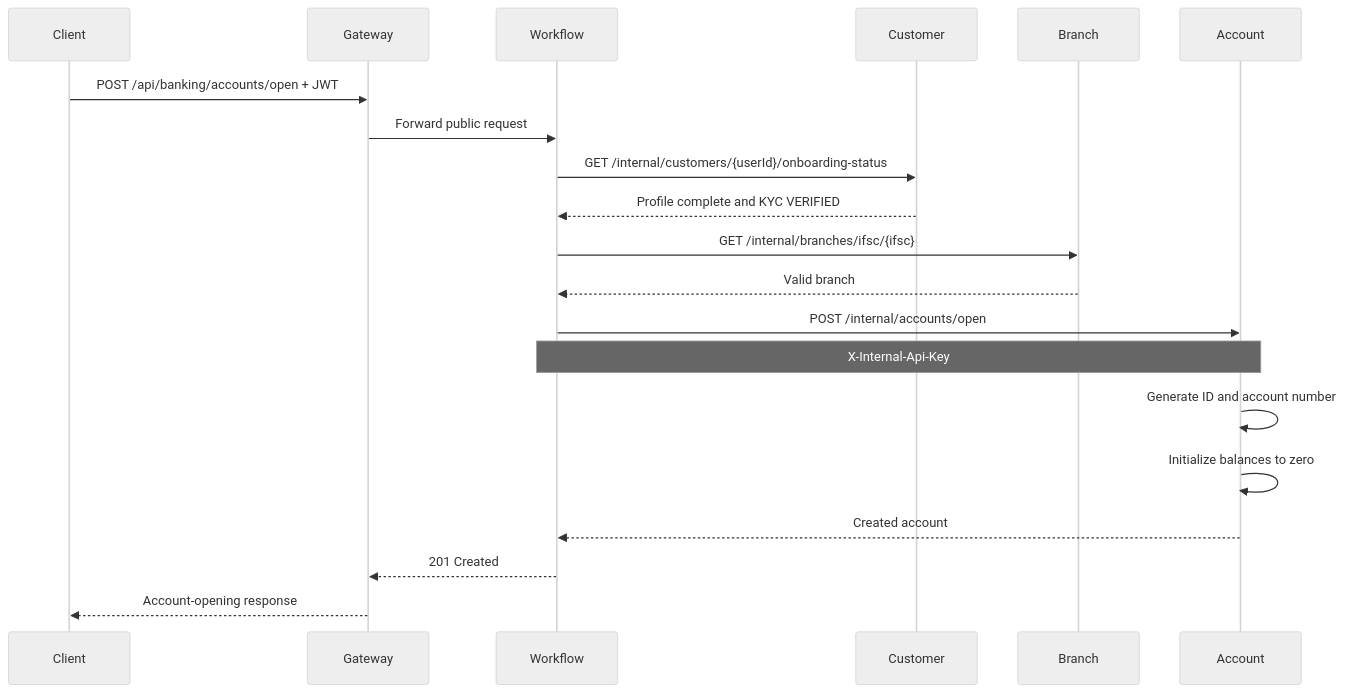
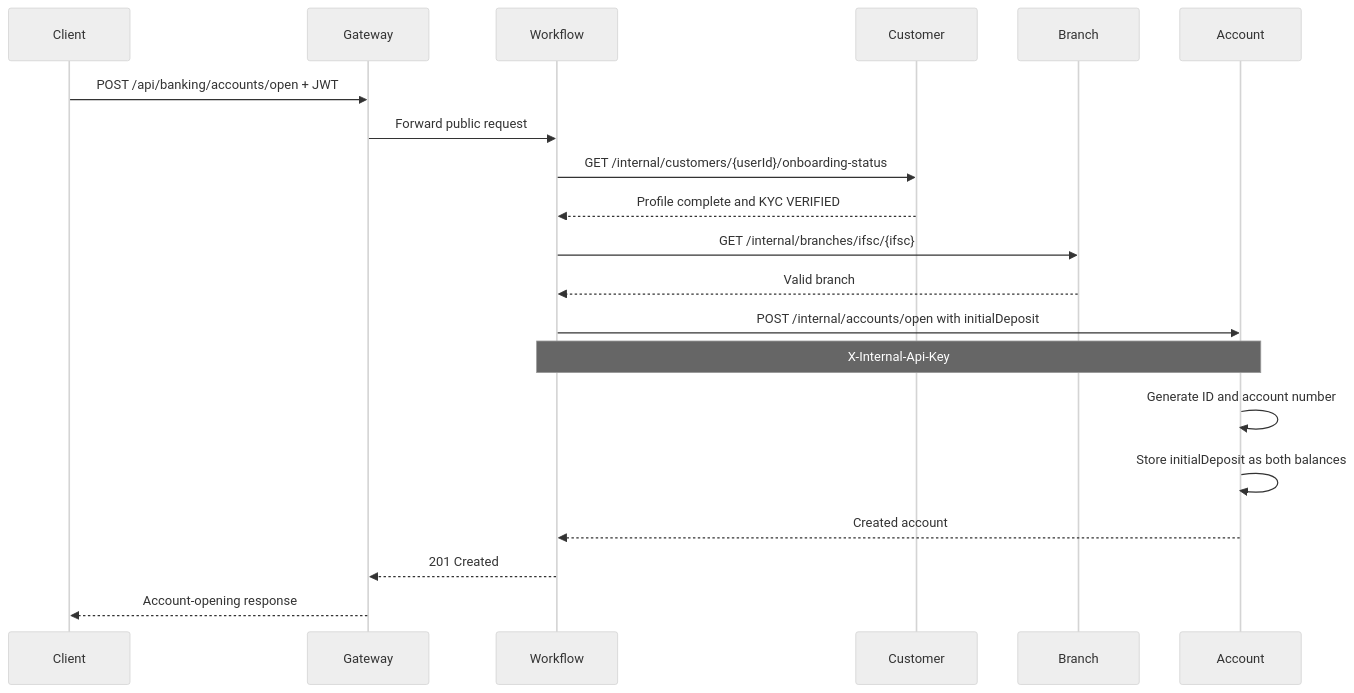
One commit to PrakritiOracle04/NET-BANKING changed the second of 5 diagrams in docs/INTERNAL_API_GUIDE.md. Above: the diagram before and after it, drawn with Mermaid (neutral theme). The commit also changed other lines of this file and 12 other files, not shown here.

Commit message:
initial deposit for account opening

````diff
--- a/docs/INTERNAL_API_GUIDE.md
+++ b/docs/INTERNAL_API_GUIDE.md
@@ -135,23 +136,23 @@
 ```mermaid
 sequenceDiagram
     participant C as Client
     participant G as Gateway
     participant W as Workflow
     participant CU as Customer
     participant B as Branch
     participant A as Account
 
     C->>G: POST /api/banking/accounts/open + JWT
     G->>W: Forward public request
     W->>CU: GET /internal/customers/{userId}/onboarding-status
     CU-->>W: Profile complete and KYC VERIFIED
     W->>B: GET /internal/branches/ifsc/{ifsc}
     B-->>W: Valid branch
-    W->>A: POST /internal/accounts/open
+    W->>A: POST /internal/accounts/open with initialDeposit
     Note over W,A: X-Internal-Api-Key
     A->>A: Generate ID and account number
-    A->>A: Initialize balances to zero
+    A->>A: Store initialDeposit as both balances
     A-->>W: Created account
     W-->>G: 201 Created
     G-->>C: Account-opening response
 ```
````
